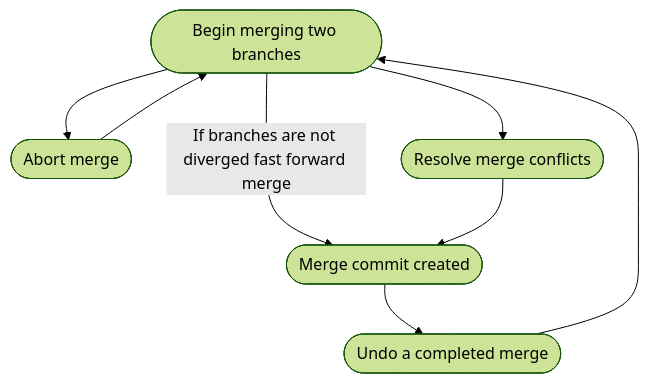
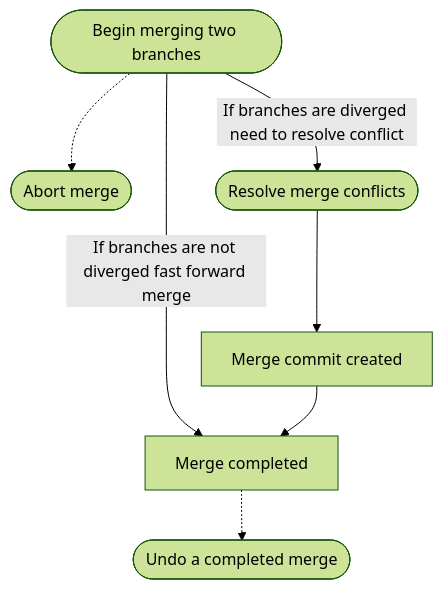
One commit to xcomfan/xcomfan.github.io changed the diagram in gitref/branching/merging.md. Above: the diagram before and after it, drawn with Mermaid (forest theme). The commit also changed other lines of this file and 21 other files, not shown here.

```diff
--- a/gitref/branching/merging.md
+++ b/gitref/branching/merging.md
@@ -9,22 +11,22 @@
 {% mermaid %}
  flowchart TD
     start([Begin merging two branches])
     abort([Abort merge])
     resolve([Resolve merge conflicts])
     undo([Undo a completed merge])
-    finish([Merge commit created])
+    merge_commit[Merge commit created]
+    finish[Merge completed]
     
-    start-->abort
-    start-->resolve
+    start-.->abort
+    start-->|If branches are diverged need to resolve conflict|resolve
     start-->|If branches are not diverged fast forward merge|finish
-    abort-->start
-    undo-->start
-    resolve-->finish
-    finish-->undo
+    resolve-->merge_commit
+    finish-.->undo
+    merge_commit-->finish
 
     click start "{% link gitref/branching/starting_merge.md %}"
     click abort "{% link gitref/branching/abort_merge.md %}"
     click resolve "{% link gitref/branching/resolving_merge_conflicts.md %}"
     click undo "{% link gitref/branching/undoing_merge.md %}"
 
 {% endmermaid %}
```
